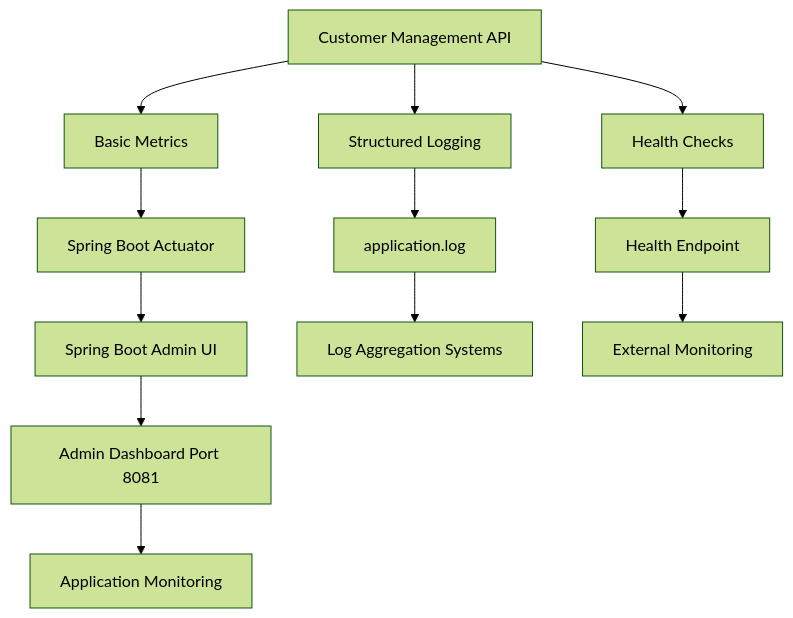
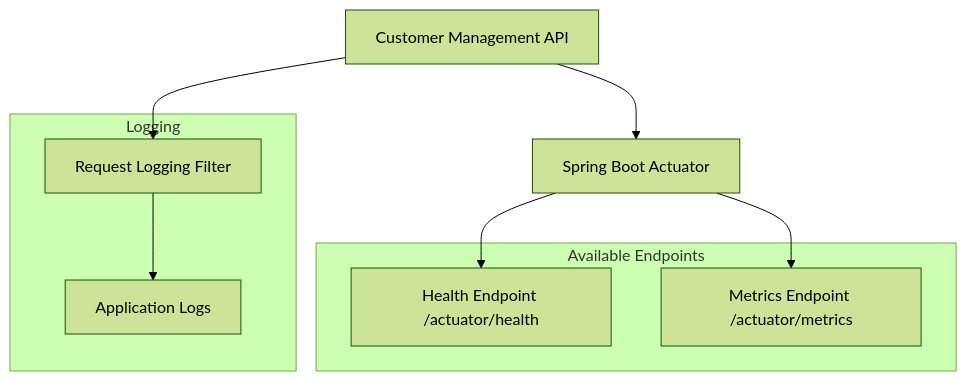
One commit to psticea/tekmetric-interview changed the fifth of 6 diagrams in backend/documentation.md. Above: the diagram before and after it, drawn with Mermaid (forest theme). The commit also changed other lines of this file and 5 other files, not shown here.

````diff
--- a/backend/documentation.md
+++ b/backend/documentation.md
@@ -167,16 +164,19 @@
 ```mermaid
 graph TD
-    App[Customer Management API] --> Metrics[Basic Metrics]
-    App --> Logs[Structured Logging]
-    App --> Health[Health Checks]
-    Metrics --> Actuator[Spring Boot Actuator]
-    Logs --> LogFile[application.log]
-    Health --> HealthEndpoint[Health Endpoint]
+    App[Customer Management API] --> Actuator[Spring Boot Actuator]
+    App --> Logs[Request Logging Filter]
+    Actuator --> HealthEndpoint[Health Endpoint /actuator/health]
+    Actuator --> MetricsEndpoint[Metrics Endpoint /actuator/metrics]
     
-    Actuator --> AdminUI[Spring Boot Admin UI]
-    LogFile --> LogAggregation[Log Aggregation Systems]
-    HealthEndpoint --> Monitoring[External Monitoring]
+    Logs --> LogFile[Application Logs]
     
-    AdminUI --> Dashboard[Admin Dashboard Port 8081]
-    Dashboard --> Alerts[Application Monitoring]
+    subgraph "Available Endpoints"
+        HealthEndpoint
+        MetricsEndpoint
+    end
+    
+    subgraph "Logging"
+        Logs
+        LogFile
+    end
 ```
````
